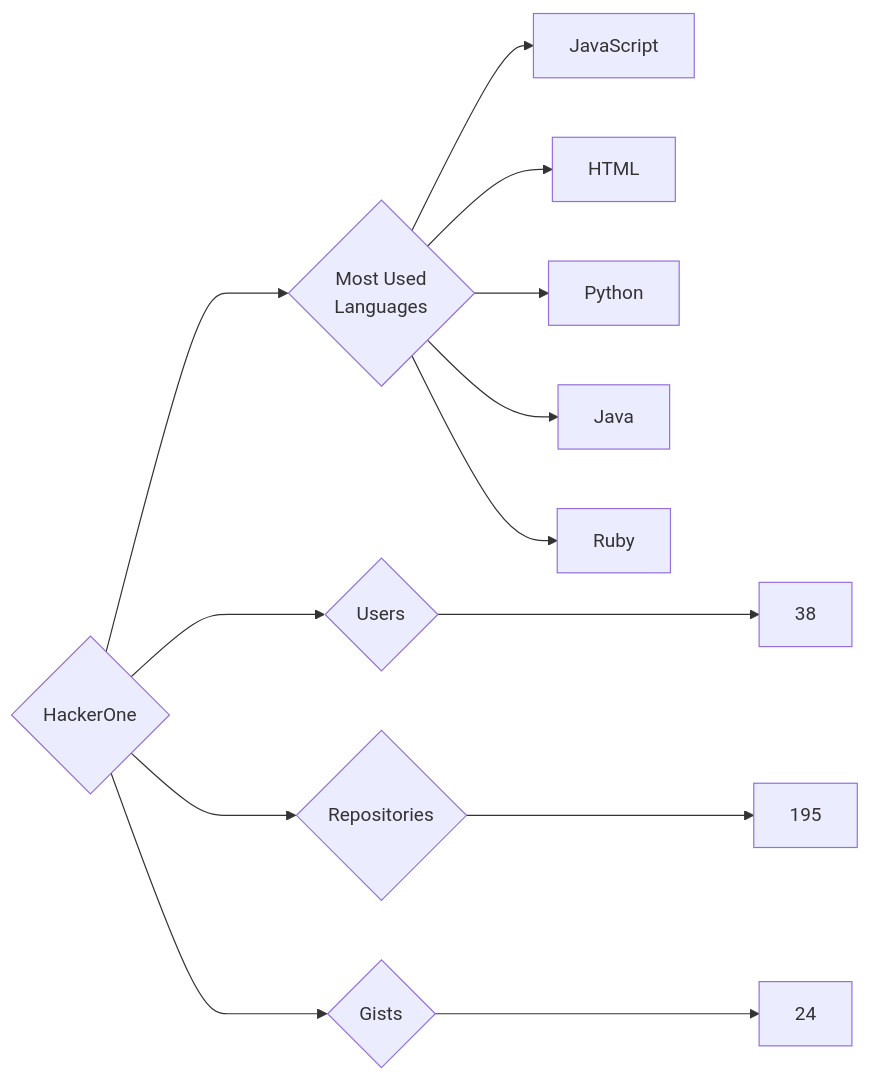
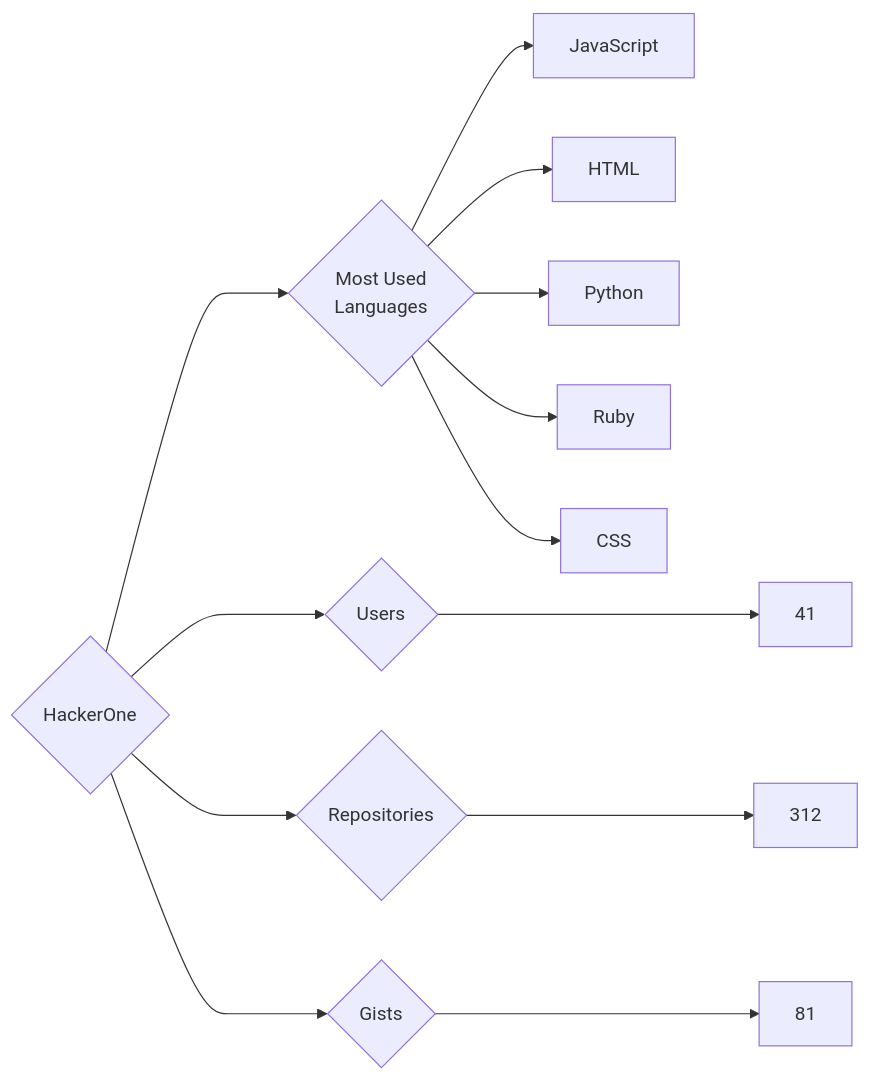
Before and after one commit to trickest/insiders: the diagram in targets/HackerOne/README.md, drawn with Mermaid. The commit also changed 930 other files, not shown here.

````diff
--- a/targets/HackerOne/README.md
+++ b/targets/HackerOne/README.md
@@ -3,13 +3,13 @@
 ```mermaid
 graph LR
 COMPANY_NAME{HackerOne}
-COMPANY_NAME ---> U{Users} ---> UN[38]
-COMPANY_NAME ---> R{Repositories} ---> RN[195]
-COMPANY_NAME ---> G{Gists} ---> GN[24]
+COMPANY_NAME ---> U{Users} ---> UN[41]
+COMPANY_NAME ---> R{Repositories} ---> RN[312]
+COMPANY_NAME ---> G{Gists} ---> GN[81]
 COMPANY_NAME ---> ML{Most Used<br>Languages}
 ML --> JavaScript[JavaScript]
 ML --> HTML[HTML]
 ML --> Python[Python]
-ML --> Java[Java]
 ML --> Ruby[Ruby]
+ML --> CSS[CSS]
 ```
````
